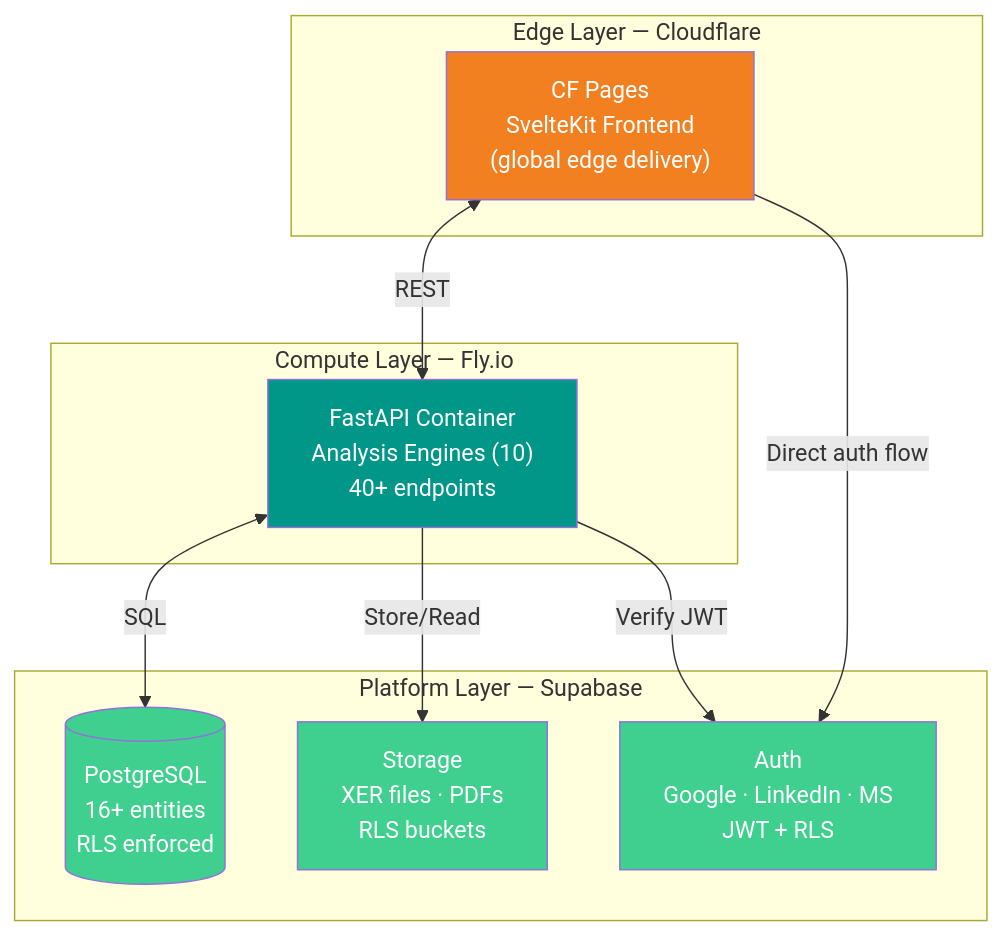
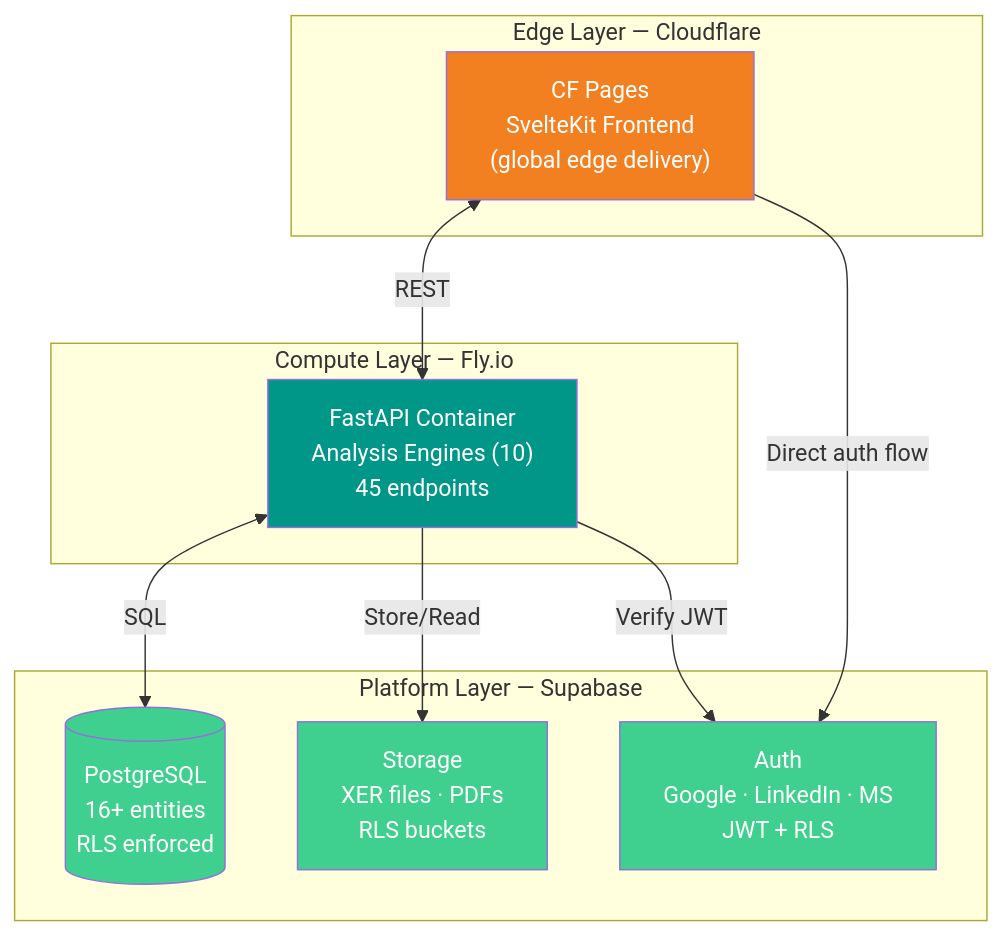
Before and after one commit to VitorMRodovalho/meridianiq: the first of 2 diagrams in README.md, drawn with Mermaid. The commit also changed other lines of this file and 103 other files, not shown here.

````diff
--- a/README.md
+++ b/README.md
@@ -72,28 +72,28 @@
 ```mermaid
 graph TB
     subgraph "Edge Layer — Cloudflare"
         CF_PAGES["CF Pages<br/>SvelteKit Frontend<br/>(global edge delivery)"]
     end
 
     subgraph "Compute Layer — Fly.io"
-        FASTAPI["FastAPI Container<br/>Analysis Engines (10)<br/>40+ endpoints"]
+        FASTAPI["FastAPI Container<br/>Analysis Engines (10)<br/>45 endpoints"]
     end
 
     subgraph "Platform Layer — Supabase"
         AUTH["Auth<br/>Google · LinkedIn · MS<br/>JWT + RLS"]
         DB[("PostgreSQL<br/>16+ entities<br/>RLS enforced")]
         STORAGE["Storage<br/>XER files · PDFs<br/>RLS buckets"]
     end
 
     CF_PAGES <-->|"REST"| FASTAPI
     FASTAPI <-->|"SQL"| DB
     FASTAPI -->|"Store/Read"| STORAGE
     FASTAPI -->|"Verify JWT"| AUTH
     CF_PAGES -->|"Direct auth flow"| AUTH
 
     style CF_PAGES fill:#F38020,color:#fff
     style FASTAPI fill:#009688,color:#fff
     style DB fill:#3FCF8E,color:#fff
     style AUTH fill:#3FCF8E,color:#fff
     style STORAGE fill:#3FCF8E,color:#fff
 ```
````
